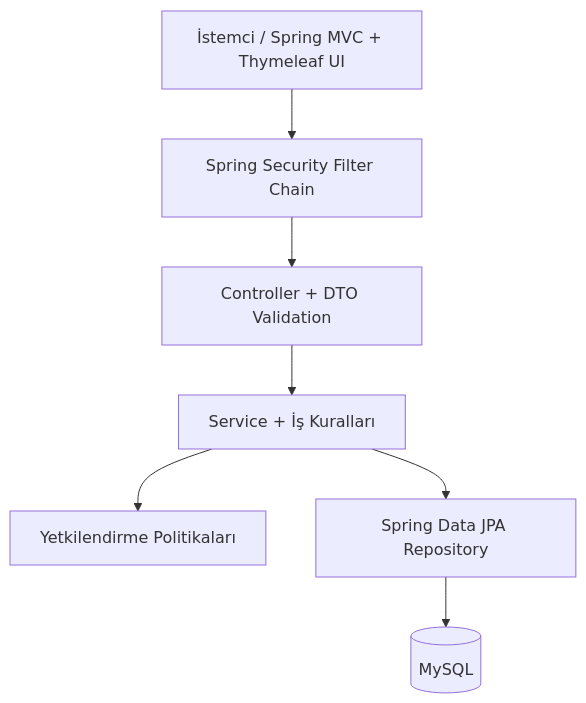
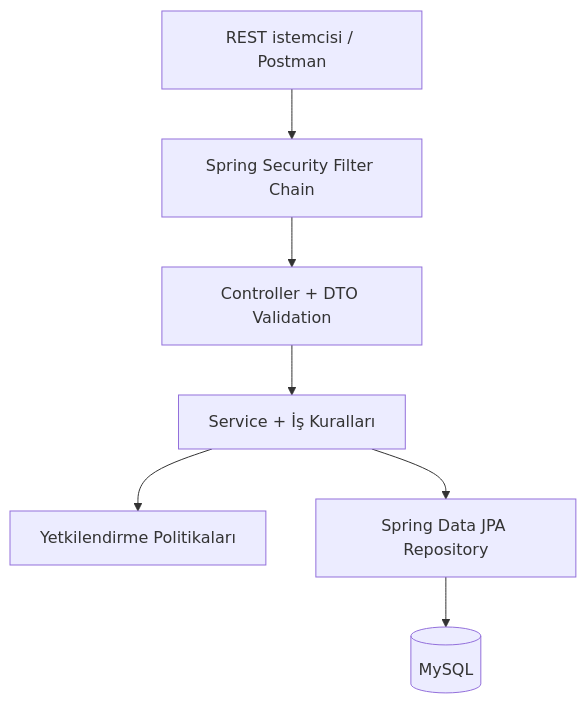
One commit to onurerkoc-dev/payguard changed the first of 6 diagrams in README.md. Above: the diagram before and after it, drawn with Mermaid. The commit also changed other lines of this file and 9 other files, not shown here.

````diff
--- a/README.md
+++ b/README.md
@@ -66,9 +70,9 @@
 ```mermaid
 flowchart TD
-    Client["İstemci / Spring MVC + Thymeleaf UI"] --> Security["Spring Security Filter Chain"]
+    Client["REST istemcisi / Postman"] --> Security["Spring Security Filter Chain"]
     Security --> Controller["Controller + DTO Validation"]
     Controller --> Service["Service + İş Kuralları"]
     Service --> Policy["Yetkilendirme Politikaları"]
     Service --> Repository["Spring Data JPA Repository"]
     Repository --> Database[("MySQL")]
 ```
````
